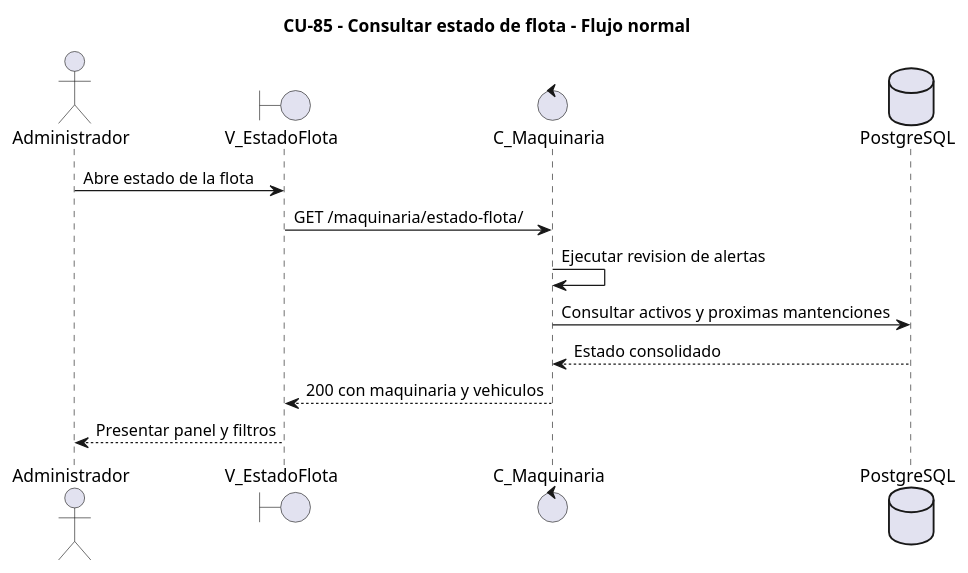
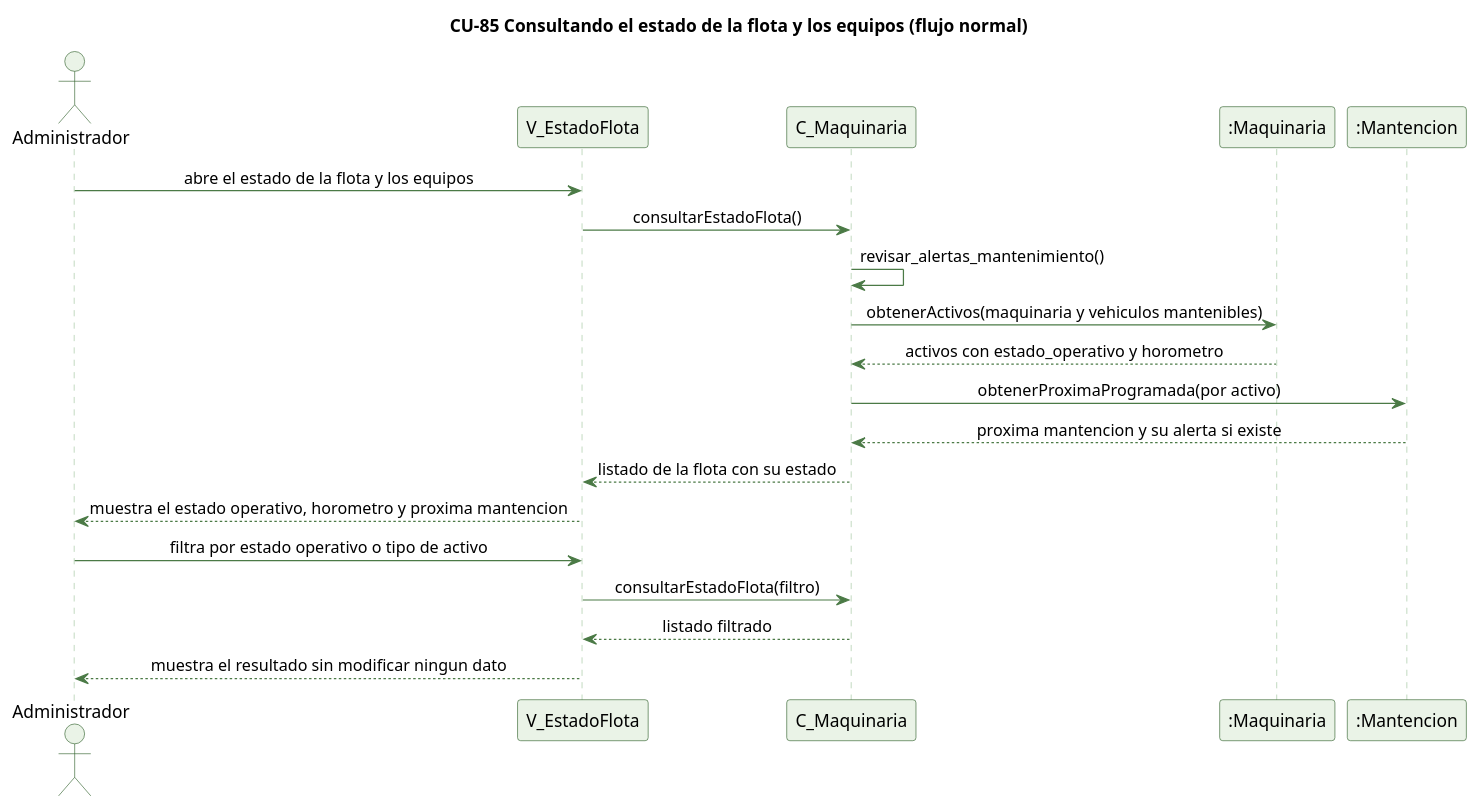
One commit to kenjikaese/Triverde changed the diagram in docs/trabajo-grupal/diagramas/secuencias/cu85-estado-flota-normal.puml. Above: the diagram before and after it, drawn with PlantUML. The commit also changed 257 other files, not shown here.

Commit message:
Inc 2: secuencias de diseno uniformes (M2/M6/M7 nuevas, M8/M11 unificadas a PlantUML)

```diff
--- a/docs/trabajo-grupal/diagramas/secuencias/cu85-estado-flota-normal.puml
+++ b/docs/trabajo-grupal/diagramas/secuencias/cu85-estado-flota-normal.puml
@@ -1,14 +1,36 @@
-@startuml
-title CU-85 - Consultar estado de flota - Flujo normal
+@startuml cu85-estado-flota-normal
+' CU-85 Consultando el estado de la flota y los equipos - flujo normal
+skinparam backgroundColor #FFFFFF
+skinparam shadowing false
+skinparam defaultFontName Helvetica
+skinparam sequenceMessageAlign center
+skinparam ParticipantBackgroundColor #EAF3E7
+skinparam ParticipantBorderColor #2E5E2A
+skinparam ActorBackgroundColor #EAF3E7
+skinparam ActorBorderColor #2E5E2A
+skinparam sequenceLifeLineBorderColor #9CC49A
+skinparam ArrowColor #4B7A46
+
+title CU-85 Consultando el estado de la flota y los equipos (flujo normal)
+
 actor Administrador
-boundary V_EstadoFlota as Vista
-control C_Maquinaria as Controlador
-database PostgreSQL as DB
-Administrador -> Vista: Abre estado de la flota
-Vista -> Controlador: GET /maquinaria/estado-flota/
-Controlador -> Controlador: Ejecutar revision de alertas
-Controlador -> DB: Consultar activos y proximas mantenciones
-DB --> Controlador: Estado consolidado
-Controlador --> Vista: 200 con maquinaria y vehiculos
-Vista --> Administrador: Presentar panel y filtros
+participant "V_EstadoFlota" as V
+participant "C_Maquinaria" as C
+participant ":Maquinaria" as MQ
+participant ":Mantencion" as MNT
+
+Administrador -> V : abre el estado de la flota y los equipos
+V -> C : consultarEstadoFlota()
+C -> C : revisar_alertas_mantenimiento()
+C -> MQ : obtenerActivos(maquinaria y vehiculos mantenibles)
+MQ --> C : activos con estado_operativo y horometro
+C -> MNT : obtenerProximaProgramada(por activo)
+MNT --> C : proxima mantencion y su alerta si existe
+C --> V : listado de la flota con su estado
+V --> Administrador : muestra el estado operativo, horometro y proxima mantencion
+Administrador -> V : filtra por estado operativo o tipo de activo
+V -> C : consultarEstadoFlota(filtro)
+C --> V : listado filtrado
+V --> Administrador : muestra el resultado sin modificar ningun dato
+
 @enduml
```
